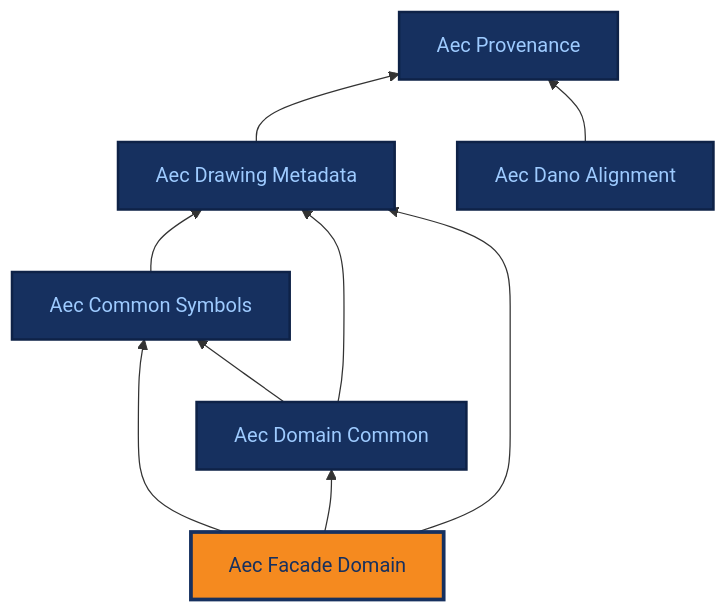
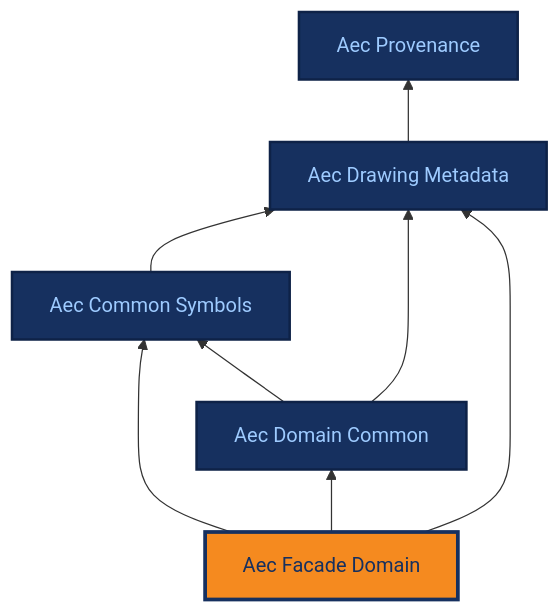
The diagram in docs/ontologies/aec_facade_domain.md (BuroHappoldMachineLearning/ADIRO), drawn with Mermaid before and after one commit. The commit also changed 23 other files, not shown here.

First line of the commit message:
feat(aec_dano_alignment)!: remove the DAnO compatibility layer; keep the comparison as documentation only

````diff
--- a/docs/ontologies/aec_facade_domain.md
+++ b/docs/ontologies/aec_facade_domain.md
@@ -17,28 +17,25 @@
 ```mermaid
 %%{init: {"themeCSS": ".base .nodeLabel,.base .nodeLabel p,.base text,.base tspan{fill:#9ecbff !important;color:#9ecbff !important}.current .nodeLabel,.current .nodeLabel p,.current text,.current tspan{fill:#16305f !important;color:#16305f !important}"} }%%
 graph BT
     aec_provenance["Aec Provenance"]
     aec_drawing_metadata["Aec Drawing Metadata"]
     aec_common_symbols["Aec Common Symbols"]
     aec_domain_common["Aec Domain Common"]
     aec_facade_domain["Aec Facade Domain"]
-    aec_dano_alignment["Aec Dano Alignment"]
     aec_drawing_metadata --> aec_provenance
     aec_common_symbols --> aec_drawing_metadata
     aec_domain_common --> aec_common_symbols
     aec_domain_common --> aec_drawing_metadata
     aec_facade_domain --> aec_common_symbols
     aec_facade_domain --> aec_domain_common
     aec_facade_domain --> aec_drawing_metadata
-    aec_dano_alignment --> aec_provenance
     click aec_provenance "../aec_provenance/" "Aec Provenance reference page"
     click aec_drawing_metadata "../aec_drawing_metadata/" "Aec Drawing Metadata reference page"
     click aec_common_symbols "../aec_common_symbols/" "Aec Common Symbols reference page"
     click aec_domain_common "../aec_domain_common/" "Aec Domain Common reference page"
     click aec_facade_domain "../aec_facade_domain/" "Aec Facade Domain reference page"
-    click aec_dano_alignment "../aec_dano_alignment/" "Aec Dano Alignment reference page"
     classDef base fill:#16305f,stroke:#0e2247,stroke-width:2px,color:#9ecbff;
-    class aec_provenance,aec_drawing_metadata,aec_common_symbols,aec_domain_common,aec_dano_alignment base;
+    class aec_provenance,aec_drawing_metadata,aec_common_symbols,aec_domain_common base;
     classDef current fill:#f58a1f,stroke:#16305f,stroke-width:3px,color:#16305f;
     class aec_facade_domain current;
 ```
````
